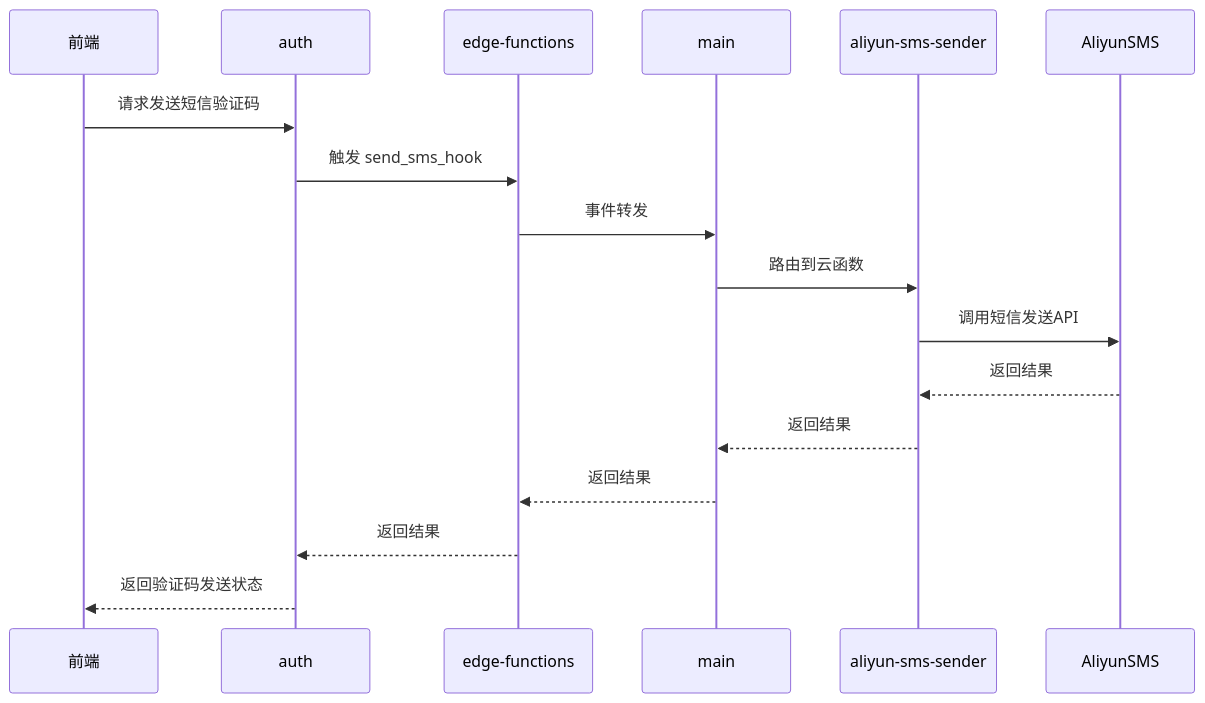
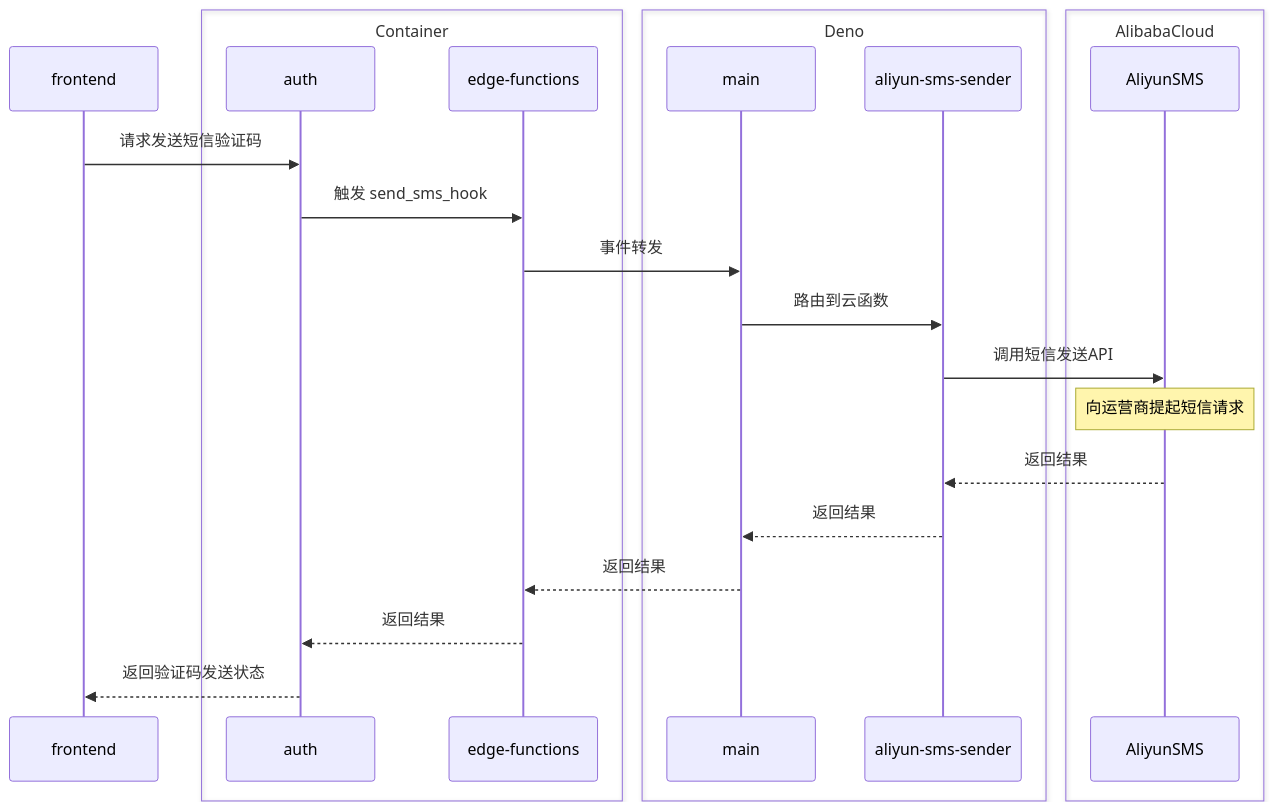
One commit to bookshiyi/supabase-aliyun-sms-sender changed the diagram in README.md. Above: the diagram before and after it, drawn with Mermaid. The commit also changed other lines of this file, not shown here.

````diff
--- a/README.md
+++ b/README.md
@@ -10,20 +10,27 @@
 ```mermaid
 sequenceDiagram
-    participant 前端
-    participant auth
-    participant edge-functions
-    participant main
-    participant aliyun-sms-sender
+    participant frontend
+    box Container
+        participant auth
+        participant edge-functions
+    end
+    box Deno
+        participant main
+        participant aliyun-sms-sender
+    end
+    box AlibabaCloud
     participant AliyunSMS
+    end
 
-    前端->>auth: 请求发送短信验证码
+    frontend->>auth: 请求发送短信验证码
     auth->>edge-functions: 触发 send_sms_hook
     edge-functions->>main: 事件转发
     main->>aliyun-sms-sender: 路由到云函数
     aliyun-sms-sender->>AliyunSMS: 调用短信发送API
+    note over AliyunSMS: 向运营商提起短信请求
     AliyunSMS-->>aliyun-sms-sender: 返回结果
     aliyun-sms-sender-->>main: 返回结果
     main-->>edge-functions: 返回结果
     edge-functions-->>auth: 返回结果
-    auth-->>前端: 返回验证码发送状态
+    auth-->>frontend: 返回验证码发送状态
 ```
````
